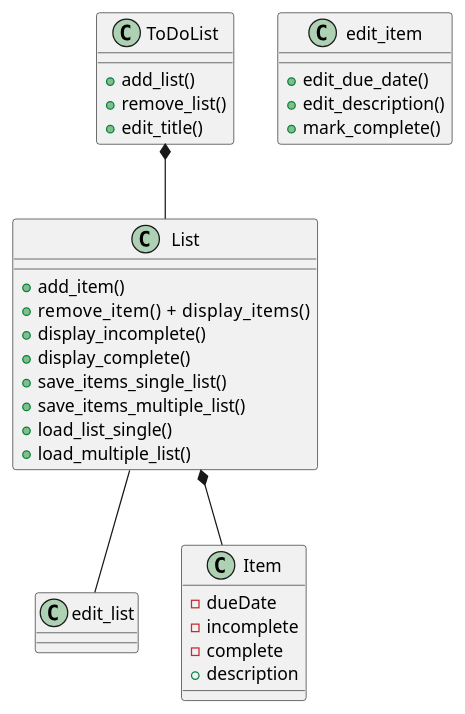
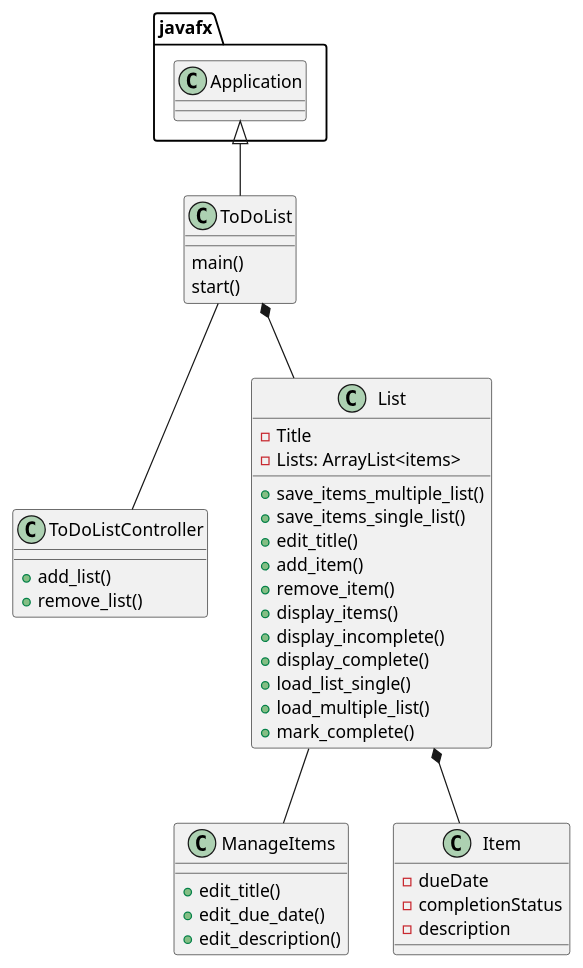
One commit to PShannon-Dev/Shannon-cop3330-assignment4 changed the diagram in uml/ToDoList.puml. Above: the diagram before and after it, drawn with PlantUML. The commit also changed 15 other files, not shown here.

```diff
--- a/uml/ToDoList.puml
+++ b/uml/ToDoList.puml
@@ -1,37 +1,57 @@
 @startuml
 'https://plantuml.com/class-diagram
 
 class ToDoList{
+    main()
+    start()
+}
+
+javafx.Application<|--ToDoList
+
+class ToDoListController{
+    'methods
     + add_list()
     + remove_list()
+
+}
+
+ToDoList -- ToDoListController
+class List{
+    'attributes
+    - Title
+    - Lists: ArrayList<items>
+
+    'Methods
+    + save_items_multiple_list()
+    + save_items_single_list()
     + edit_title()
-}
-class List{
     + add_item()
-    + remove_item()    + display_items()
+    + remove_item()
+    + display_items()
     + display_incomplete()
     + display_complete()
-    + save_items_single_list()
-    + save_items_multiple_list()
     + load_list_single()
     + load_multiple_list()
+    + mark_complete()
+
 }
-class edit_item{
+
+class ManageItems{
+    'methods
+    + edit_title()
     + edit_due_date()
     + edit_description()
-    + mark_complete()
 }
 
-List -- edit_list
+List -- ManageItems
 
 class Item{
     - dueDate
-    - incomplete
-    - complete
-    + description
+    - completionStatus
+    - description
 
 }
 
 ToDoList *-- List
 List *-- Item
 @enduml
```
